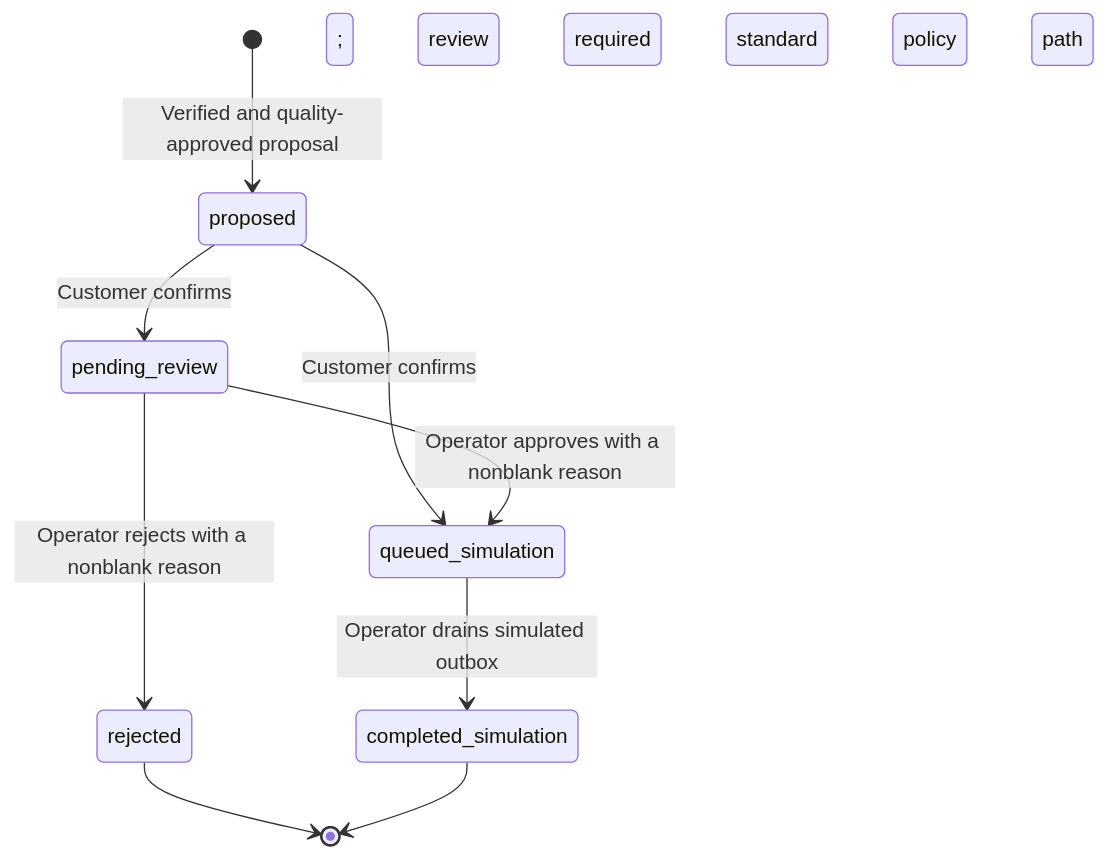
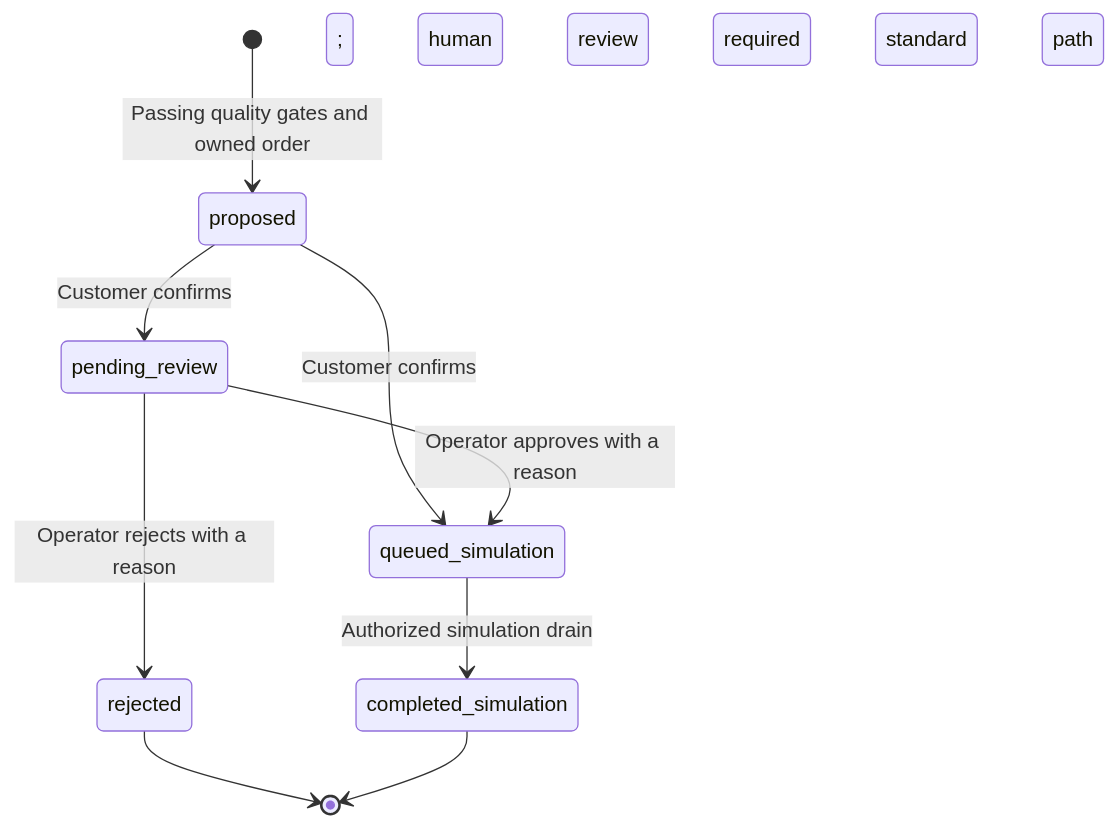
The third of 4 diagrams in docs/ARCHITECTURE.md (ManoochTayebi/Multi_agent_client), drawn with Mermaid before and after one commit. The commit also changed other lines of this file and 1 other file, not shown here.

Commit message:
Polish project README and expand architecture specification

````diff
--- a/docs/ARCHITECTURE.md
+++ b/docs/ARCHITECTURE.md
@@ -62,11 +168,11 @@
 ```mermaid
 stateDiagram-v2
-    [*] --> proposed: Verified and quality-approved proposal
-    proposed --> pending_review: Customer confirms; review required
-    proposed --> queued_simulation: Customer confirms; standard policy path
-    pending_review --> queued_simulation: Operator approves with a nonblank reason
-    pending_review --> rejected: Operator rejects with a nonblank reason
-    queued_simulation --> completed_simulation: Operator drains simulated outbox
+    [*] --> proposed: Passing quality gates and owned order
+    proposed --> pending_review: Customer confirms; human review required
+    proposed --> queued_simulation: Customer confirms; standard path
+    pending_review --> queued_simulation: Operator approves with a reason
+    pending_review --> rejected: Operator rejects with a reason
+    queued_simulation --> completed_simulation: Authorized simulation drain
     rejected --> [*]
     completed_simulation --> [*]
 ```
````
